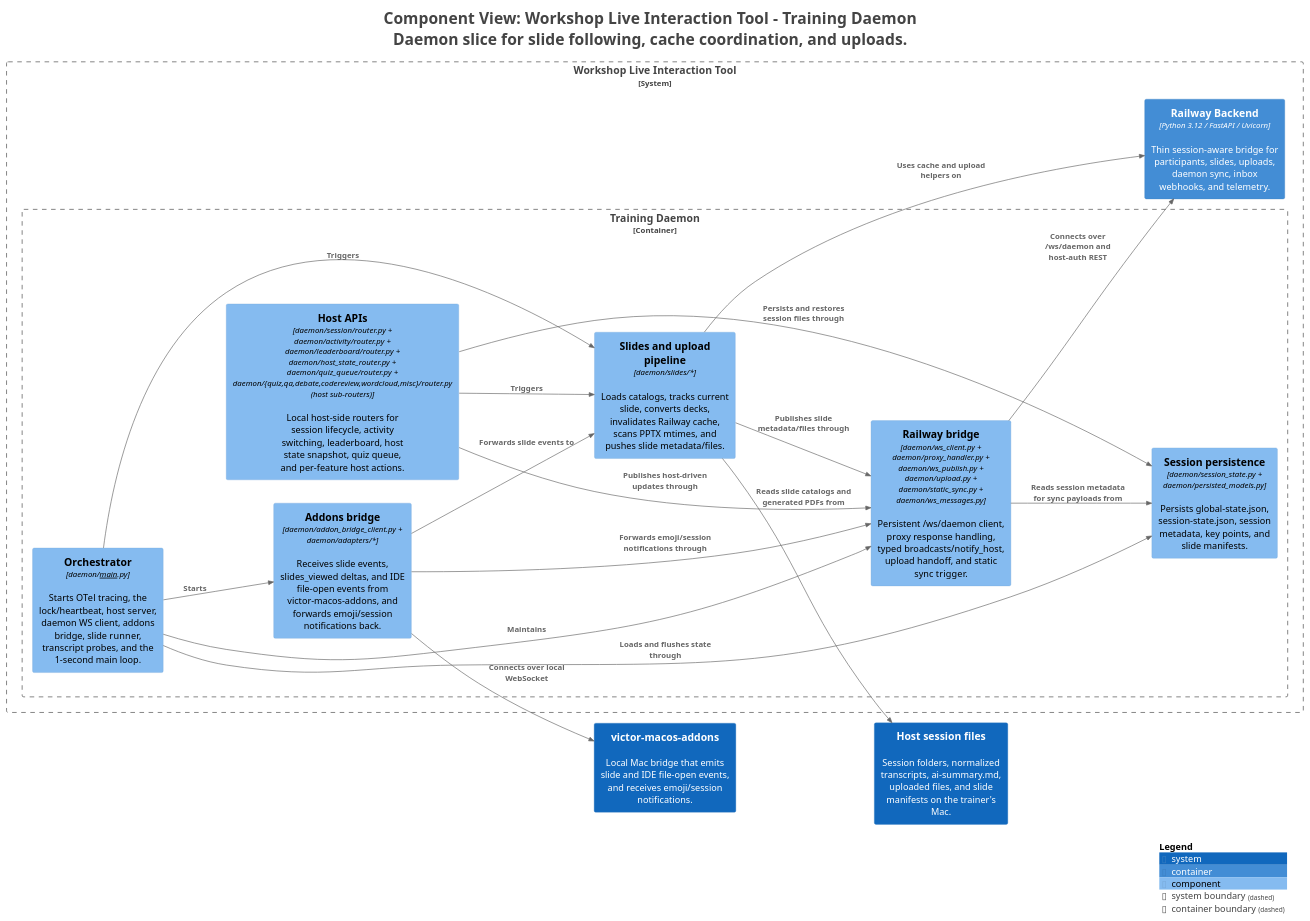
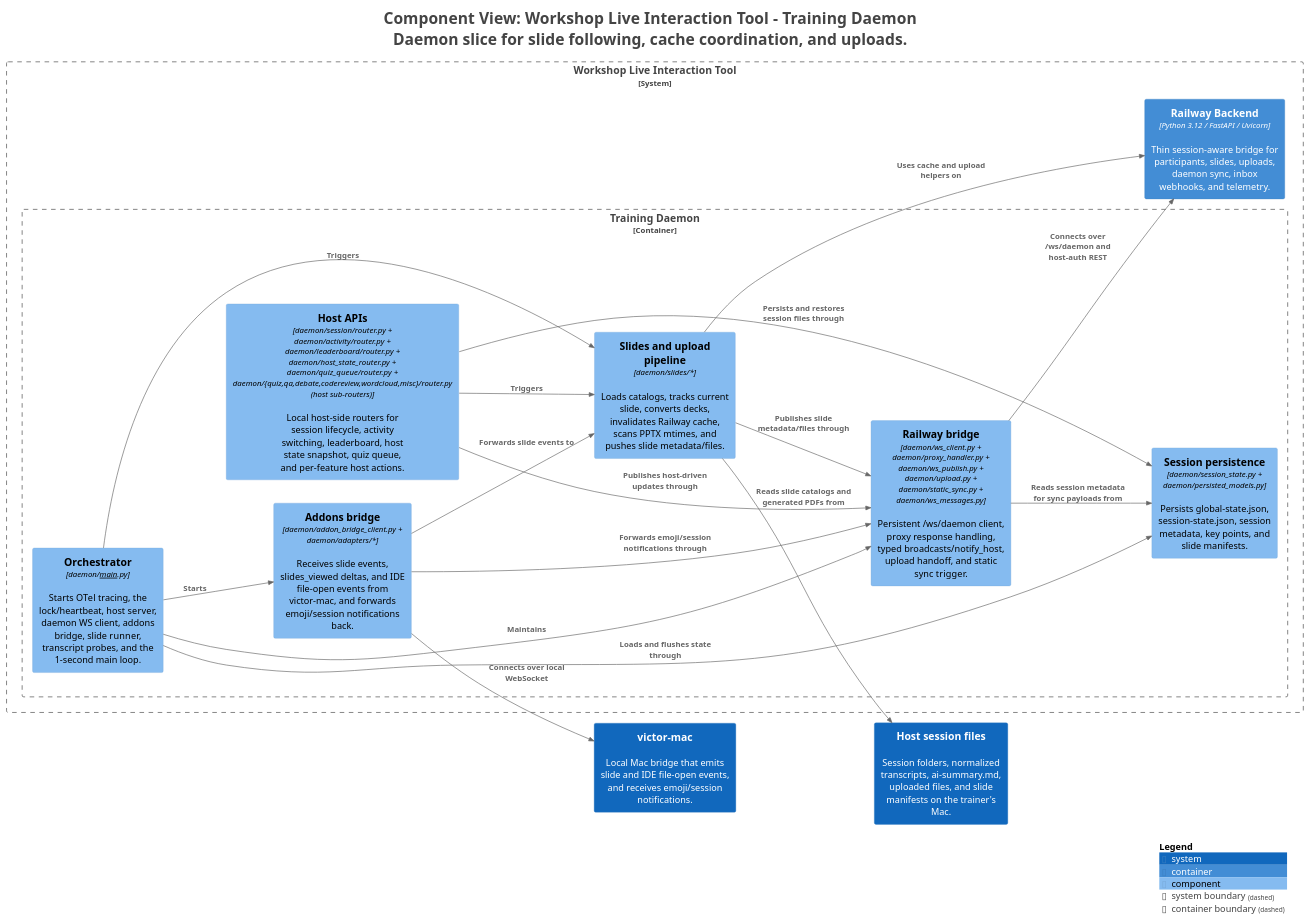
The diagram in docs/c4views/C3-Daemon-Slides.puml (victorrentea/training-assistant), drawn with PlantUML before and after one commit. The commit also changed 45 other files, not shown here.

First line of the commit message:
📦 victor-macos-addons is now victor-mac

```diff
--- a/docs/c4views/C3-Daemon-Slides.puml
+++ b/docs/c4views/C3-Daemon-Slides.puml
@@ -1,53 +1,53 @@
 @startuml
 title <size:24>Component View: Workshop Live Interaction Tool - Training Daemon</size>\n<size:24>Daemon slice for slide following, cache coordination, and uploads.</size>
 
 set separator none
 left to right direction
 
 <style>
   root {
     BackgroundColor: #ffffff
     FontColor: #444444
   }
 </style>
 
 !include <C4/C4>
 !include <C4/C4_Context>
 !include <C4/C4_Container>
 !include <C4/C4_Component>
 
-System(victormacosaddons, "victor-macos-addons", $descr="Local Mac bridge that emits slide and IDE file-open events, and receives emoji/session notifications.", $tags="", $link="")
+System(victormacosaddons, "victor-mac", $descr="Local Mac bridge that emits slide and IDE file-open events, and receives emoji/session notifications.", $tags="", $link="")
 System(Hostsessionfiles, "Host session files", $descr="Session folders, normalized transcripts, ai-summary.md, uploaded files, and slide manifests on the trainer's Mac.", $tags="", $link="")
 
 System_Boundary("WorkshopLiveInteractionTool_boundary", "Workshop Live Interaction Tool", $tags="") {
   Container_Boundary("WorkshopLiveInteractionTool.TrainingDaemon_boundary", "Training Daemon", $tags="") {
     Component(WorkshopLiveInteractionTool.TrainingDaemon.Orchestrator, "Orchestrator", $techn="daemon/__main__.py", $descr="Starts OTel tracing, the lock/heartbeat, host server, daemon WS client, addons bridge, slide runner, transcript probes, and the 1-second main loop.", $tags="", $link="")
     Component(WorkshopLiveInteractionTool.TrainingDaemon.HostAPIs, "Host APIs", $techn="daemon/session/router.py + daemon/activity/router.py + daemon/leaderboard/router.py + daemon/host_state_router.py + daemon/quiz_queue/router.py + daemon/{quiz,qa,debate,codereview,wordcloud,misc}/router.py (host sub-routers)", $descr="Local host-side routers for session lifecycle, activity switching, leaderboard, host state snapshot, quiz queue, and per-feature host actions.", $tags="", $link="")
     Component(WorkshopLiveInteractionTool.TrainingDaemon.Railwaybridge, "Railway bridge", $techn="daemon/ws_client.py + daemon/proxy_handler.py + daemon/ws_publish.py + daemon/upload.py + daemon/static_sync.py + daemon/ws_messages.py", $descr="Persistent /ws/daemon client, proxy response handling, typed broadcasts/notify_host, upload handoff, and static sync trigger.", $tags="", $link="")
     Component(WorkshopLiveInteractionTool.TrainingDaemon.Sessionpersistence, "Session persistence", $techn="daemon/session_state.py + daemon/persisted_models.py", $descr="Persists global-state.json, session-state.json, session metadata, key points, and slide manifests.", $tags="", $link="")
     Component(WorkshopLiveInteractionTool.TrainingDaemon.Slidesanduploadpipeline, "Slides and upload pipeline", $techn="daemon/slides/*", $descr="Loads catalogs, tracks current slide, converts decks, invalidates Railway cache, scans PPTX mtimes, and pushes slide metadata/files.", $tags="", $link="")
-    Component(WorkshopLiveInteractionTool.TrainingDaemon.Addonsbridge, "Addons bridge", $techn="daemon/addon_bridge_client.py + daemon/adapters/*", $descr="Receives slide events, slides_viewed deltas, and IDE file-open events from victor-macos-addons, and forwards emoji/session notifications back.", $tags="", $link="")
+    Component(WorkshopLiveInteractionTool.TrainingDaemon.Addonsbridge, "Addons bridge", $techn="daemon/addon_bridge_client.py + daemon/adapters/*", $descr="Receives slide events, slides_viewed deltas, and IDE file-open events from victor-mac, and forwards emoji/session notifications back.", $tags="", $link="")
   }
 
   Container(WorkshopLiveInteractionTool.RailwayBackend, "Railway Backend", $techn="Python 3.12 / FastAPI / Uvicorn", $descr="Thin session-aware bridge for participants, slides, uploads, daemon sync, inbox webhooks, and telemetry.", $tags="", $link="")
 }
 
 Rel(WorkshopLiveInteractionTool.TrainingDaemon.Orchestrator, WorkshopLiveInteractionTool.TrainingDaemon.Addonsbridge, "Starts", $techn="", $tags="", $link="")
 Rel(WorkshopLiveInteractionTool.TrainingDaemon.HostAPIs, WorkshopLiveInteractionTool.TrainingDaemon.Railwaybridge, "Publishes host-driven updates through", $techn="", $tags="", $link="")
 Rel(WorkshopLiveInteractionTool.TrainingDaemon.HostAPIs, WorkshopLiveInteractionTool.TrainingDaemon.Sessionpersistence, "Persists and restores session files through", $techn="", $tags="", $link="")
 Rel(WorkshopLiveInteractionTool.TrainingDaemon.HostAPIs, WorkshopLiveInteractionTool.TrainingDaemon.Slidesanduploadpipeline, "Triggers", $techn="", $tags="", $link="")
 Rel(WorkshopLiveInteractionTool.TrainingDaemon.Railwaybridge, WorkshopLiveInteractionTool.RailwayBackend, "Connects over /ws/daemon and host-auth REST", $techn="", $tags="", $link="")
 Rel(WorkshopLiveInteractionTool.TrainingDaemon.Railwaybridge, WorkshopLiveInteractionTool.TrainingDaemon.Sessionpersistence, "Reads session metadata for sync payloads from", $techn="", $tags="", $link="")
 Rel(WorkshopLiveInteractionTool.TrainingDaemon.Slidesanduploadpipeline, Hostsessionfiles, "Reads slide catalogs and generated PDFs from", $techn="", $tags="", $link="")
 Rel(WorkshopLiveInteractionTool.TrainingDaemon.Slidesanduploadpipeline, WorkshopLiveInteractionTool.TrainingDaemon.Railwaybridge, "Publishes slide metadata/files through", $techn="", $tags="", $link="")
 Rel(WorkshopLiveInteractionTool.TrainingDaemon.Slidesanduploadpipeline, WorkshopLiveInteractionTool.RailwayBackend, "Uses cache and upload helpers on", $techn="", $tags="", $link="")
 Rel(WorkshopLiveInteractionTool.TrainingDaemon.Addonsbridge, victormacosaddons, "Connects over local WebSocket", $techn="", $tags="", $link="")
 Rel(WorkshopLiveInteractionTool.TrainingDaemon.Addonsbridge, WorkshopLiveInteractionTool.TrainingDaemon.Slidesanduploadpipeline, "Forwards slide events to", $techn="", $tags="", $link="")
 Rel(WorkshopLiveInteractionTool.TrainingDaemon.Addonsbridge, WorkshopLiveInteractionTool.TrainingDaemon.Railwaybridge, "Forwards emoji/session notifications through", $techn="", $tags="", $link="")
 Rel(WorkshopLiveInteractionTool.TrainingDaemon.Orchestrator, WorkshopLiveInteractionTool.TrainingDaemon.Railwaybridge, "Maintains", $techn="", $tags="", $link="")
 Rel(WorkshopLiveInteractionTool.TrainingDaemon.Orchestrator, WorkshopLiveInteractionTool.TrainingDaemon.Sessionpersistence, "Loads and flushes state through", $techn="", $tags="", $link="")
 Rel(WorkshopLiveInteractionTool.TrainingDaemon.Orchestrator, WorkshopLiveInteractionTool.TrainingDaemon.Slidesanduploadpipeline, "Triggers", $techn="", $tags="", $link="")
 
 SHOW_LEGEND(true)
 hide stereotypes
 @enduml
```
